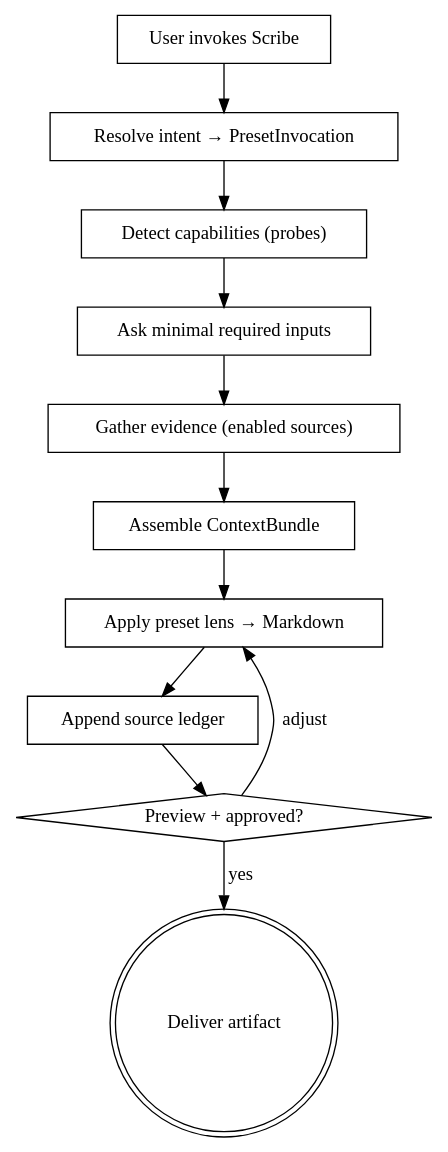
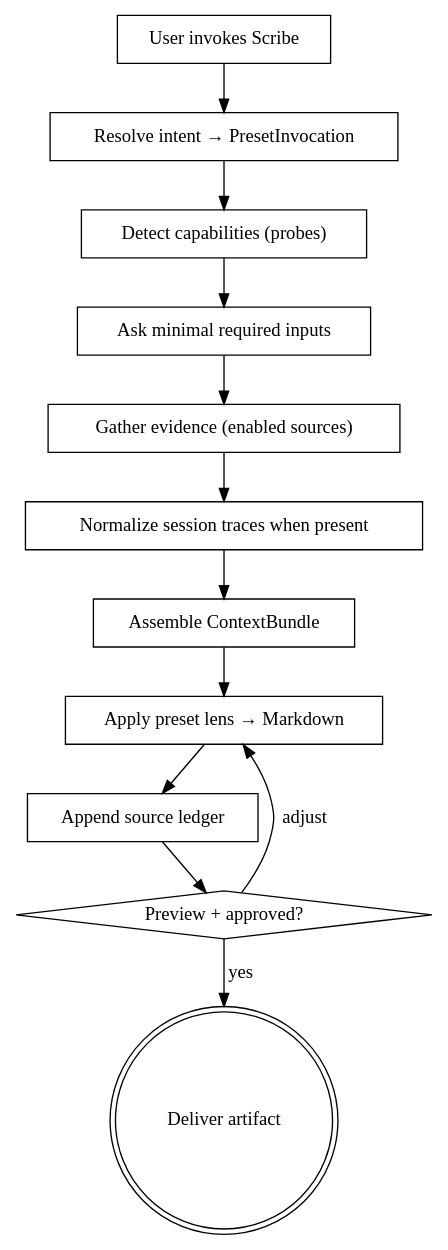
The diagram in SKILL.md (Elesiann/scribe), drawn with Graphviz before and after one commit. The commit also changed other lines of this file and 4 other files, not shown here.

Commit message:
Add session trace evidence protocol

````diff
--- a/SKILL.md
+++ b/SKILL.md
@@ -109,25 +114,27 @@
 ```dot
 digraph scribe {
     "User invokes Scribe" [shape=box];
     "Resolve intent → PresetInvocation" [shape=box];
     "Detect capabilities (probes)" [shape=box];
     "Ask minimal required inputs" [shape=box];
     "Gather evidence (enabled sources)" [shape=box];
+    "Normalize session traces when present" [shape=box];
     "Assemble ContextBundle" [shape=box];
     "Apply preset lens → Markdown" [shape=box];
     "Append source ledger" [shape=box];
     "Preview + approved?" [shape=diamond];
     "Deliver artifact" [shape=doublecircle];
 
     "User invokes Scribe" -> "Resolve intent → PresetInvocation";
     "Resolve intent → PresetInvocation" -> "Detect capabilities (probes)";
     "Detect capabilities (probes)" -> "Ask minimal required inputs";
     "Ask minimal required inputs" -> "Gather evidence (enabled sources)";
-    "Gather evidence (enabled sources)" -> "Assemble ContextBundle";
+    "Gather evidence (enabled sources)" -> "Normalize session traces when present";
+    "Normalize session traces when present" -> "Assemble ContextBundle";
     "Assemble ContextBundle" -> "Apply preset lens → Markdown";
     "Apply preset lens → Markdown" -> "Append source ledger";
     "Append source ledger" -> "Preview + approved?";
     "Preview + approved?" -> "Apply preset lens → Markdown" [label="adjust"];
     "Preview + approved?" -> "Deliver artifact" [label="yes"];
 }
 ```
````
